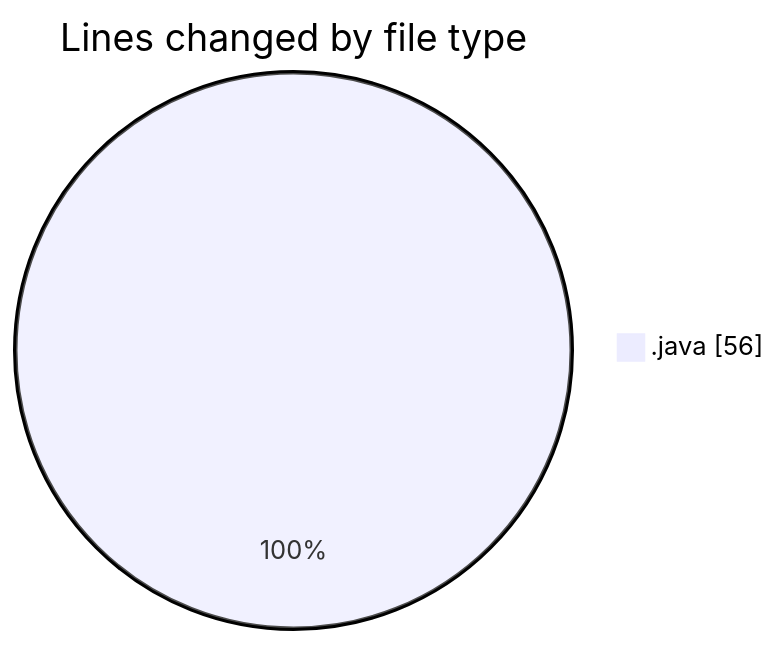
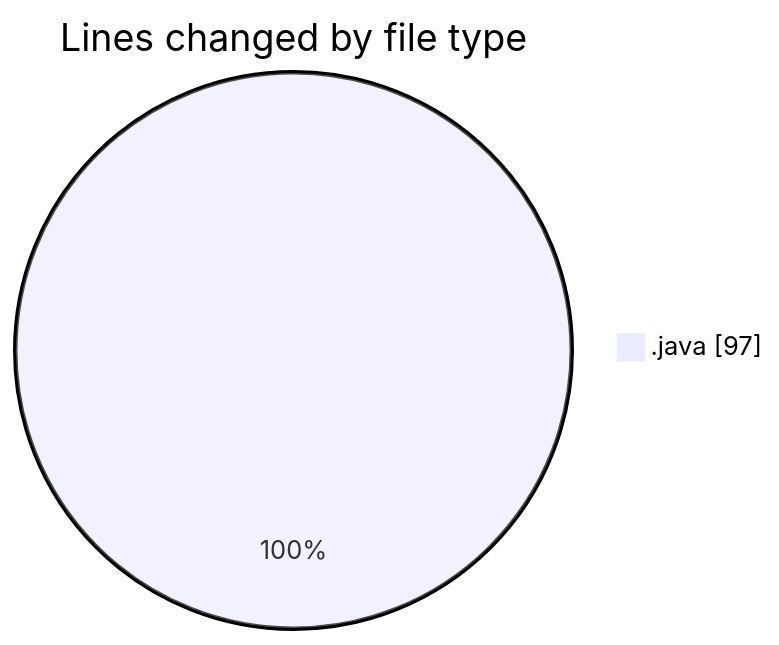
One commit to NitaiMahat/code-tracking changed the first of 2 diagrams in 2025-02-15/coding_prac_5/README.md. Above: the diagram before and after it, drawn with Mermaid. The commit also changed other lines of this file and 1 other file, not shown here.

````diff
--- a/2025-02-15/coding_prac_5/README.md
+++ b/2025-02-15/coding_prac_5/README.md
@@ -20,5 +20,5 @@
 ```mermaid
 pie showData
 title Lines changed by file type
-".java" : 56
+".java" : 97
 ```
````
